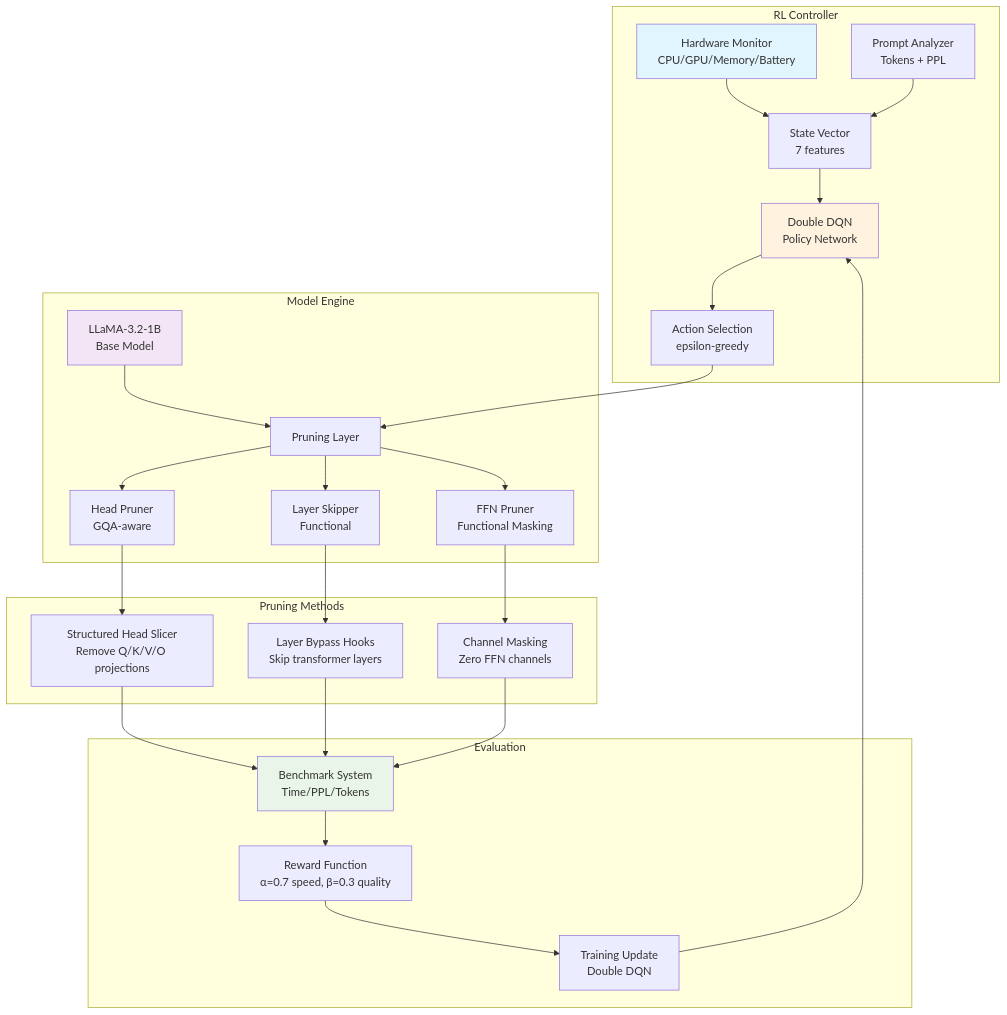
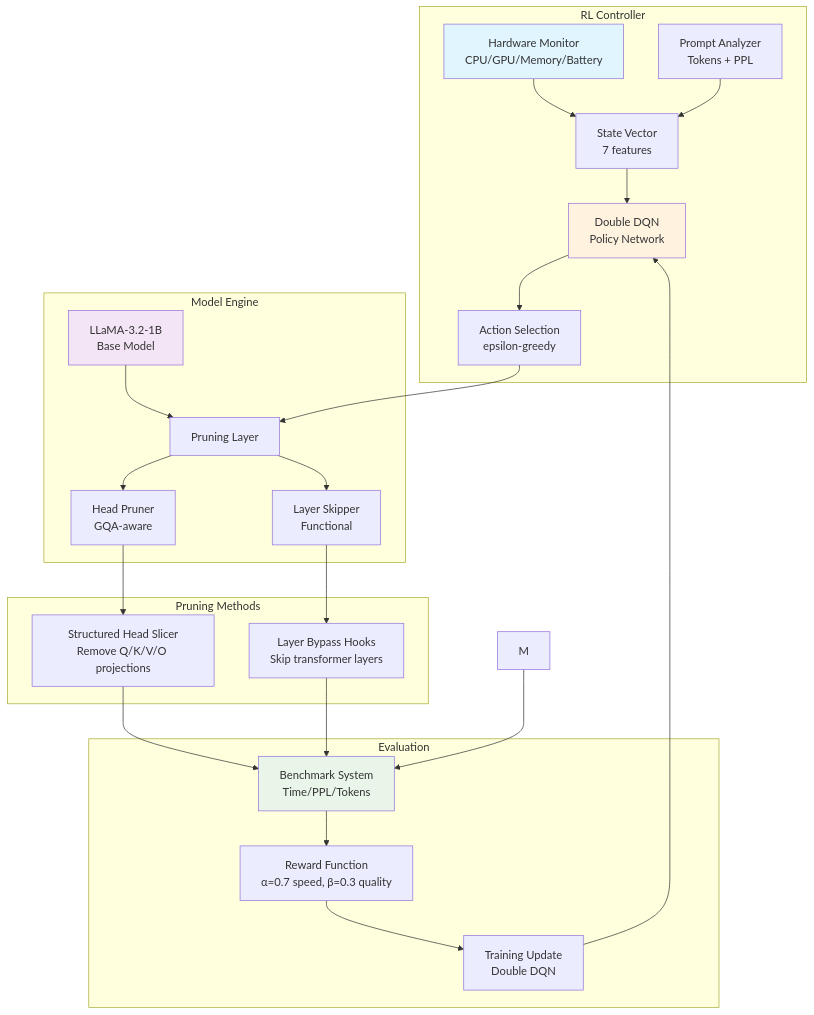
The first of 4 diagrams in README.md (asief-iqbal/Thesis), drawn with Mermaid before and after one commit.

````diff
--- a/README.md
+++ b/README.md
@@ -220,38 +220,36 @@
 ```mermaid
 graph TB
     subgraph "RL Controller"
         A[Hardware Monitor<br/>CPU/GPU/Memory/Battery] --> B[State Vector<br/>7 features]
         C[Prompt Analyzer<br/>Tokens + PPL] --> B
         B --> D[Double DQN<br/>Policy Network]
         D --> E[Action Selection<br/>epsilon-greedy]
     end
 
     subgraph "Model Engine"
         F[LLaMA-3.2-1B<br/>Base Model] --> G[Pruning Layer]
         G --> H[Head Pruner<br/>GQA-aware]
         G --> I[Layer Skipper<br/>Functional]
-        G --> J[FFN Pruner<br/>Functional Masking]
     end
 
     subgraph "Pruning Methods"
         H --> K[Structured Head Slicer<br/>Remove Q/K/V/O projections]
         I --> L[Layer Bypass Hooks<br/>Skip transformer layers]
-        J --> M[Channel Masking<br/>Zero FFN channels]
     end
 
     subgraph "Evaluation"
         N[Benchmark System<br/>Time/PPL/Tokens] --> O[Reward Function<br/>α=0.7 speed, β=0.3 quality]
         O --> P[Training Update<br/>Double DQN]
     end
 
     E --> G
     K --> N
     L --> N
     M --> N
     P --> D
 
     style A fill:#e1f5fe
     style F fill:#f3e5f5
     style N fill:#e8f5e8
     style D fill:#fff3e0
 ```
````
